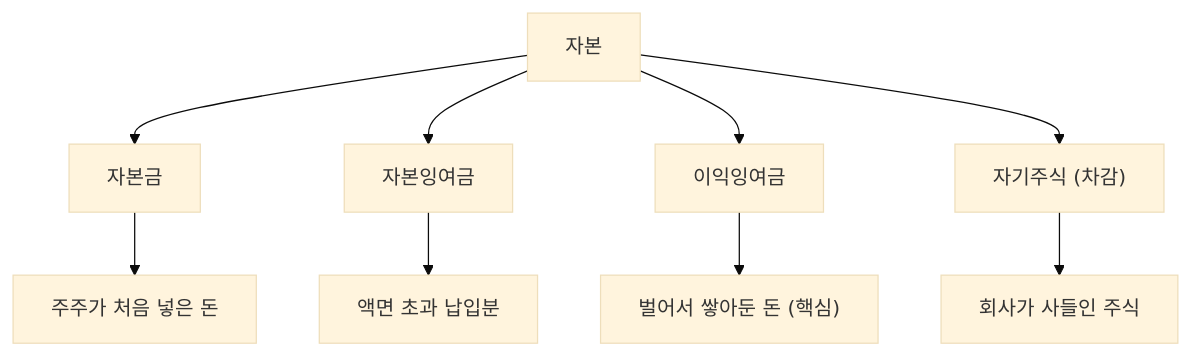
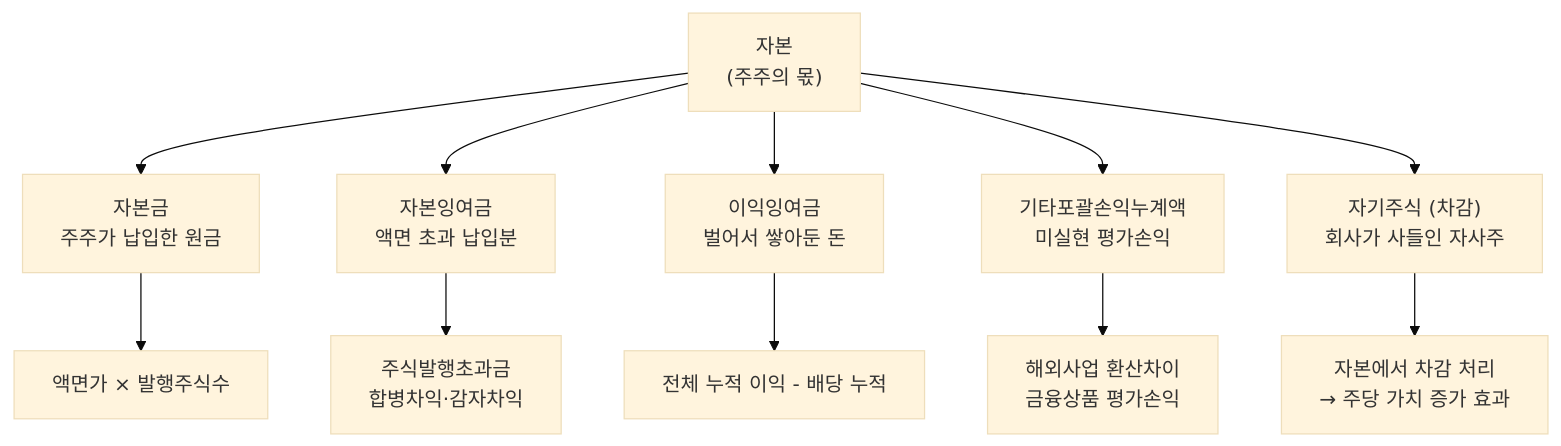
The diagram in content/stock-terms/ko/level-03-financial-statements/equity.md (yeongseon/stock-visual-note), drawn with Mermaid (base theme) before and after one commit. The commit also changed other lines of this file, not shown here.

Commit message:
content: rewrite equity.md — expanded Mermaid diagram (11 nodes), 4 misconceptions, capital structure analysis with scenario

````diff
--- a/content/stock-terms/ko/level-03-financial-statements/equity.md
+++ b/content/stock-terms/ko/level-03-financial-statements/equity.md
@@ -39,12 +51,16 @@
 ```mermaid
 graph TD
-    A["자본"]
-    A --> B["자본금"]
-    A --> C["자본잉여금"]
-    A --> D["이익잉여금"]
-    A --> E["자기주식 (차감)"]
-    B --> F["주주가 처음 넣은 돈"]
-    C --> G["액면 초과 납입분"]
-    D --> H["벌어서 쌓아둔 돈 (핵심)"]
-    E --> I["회사가 사들인 주식"]
+    A["자본<br>(주주의 몫)"]
+
+    A --> B["자본금<br>주주가 납입한 원금"]
+    A --> C["자본잉여금<br>액면 초과 납입분"]
+    A --> D["이익잉여금<br>벌어서 쌓아둔 돈"]
+    A --> E["기타포괄손익누계액<br>미실현 평가손익"]
+    A --> F["자기주식 (차감)<br>회사가 사들인 자사주"]
+
+    B --> G["액면가 × 발행주식수"]
+    C --> H["주식발행초과금<br>합병차익·감자차익"]
+    D --> I["전체 누적 이익 - 배당 누적"]
+    E --> J["해외사업 환산차이<br>금융상품 평가손익"]
+    F --> K["자본에서 차감 처리<br>→ 주당 가치 증가 효과"]
 ```
````
